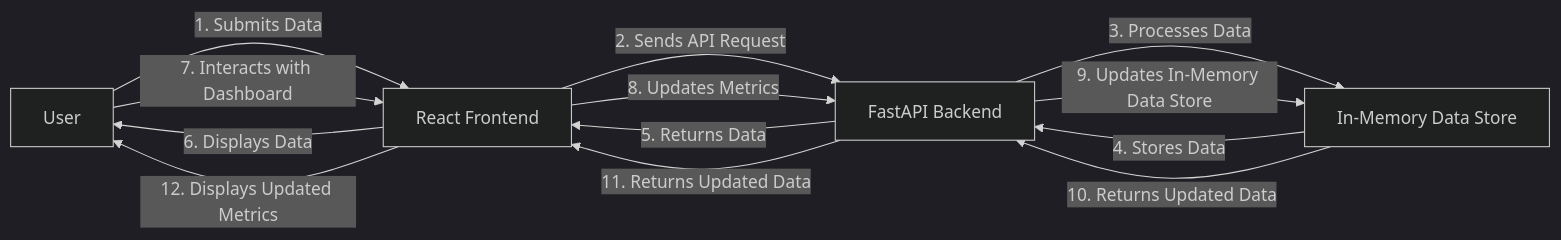
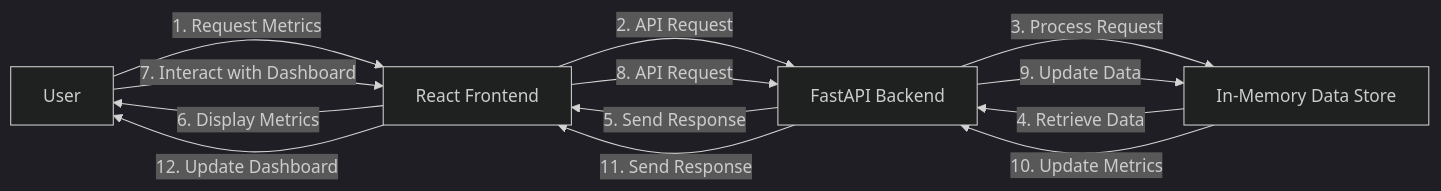
Before and after one commit to coddyieee-sketch/ram-weather-optimizer-tool: the diagram in PROJECT_DOC.md, drawn with Mermaid (dark theme). The commit also changed other lines of this file and 6 other files, not shown here.

````diff
--- a/PROJECT_DOC.md
+++ b/PROJECT_DOC.md
@@ -20,15 +8,15 @@
 ```mermaid
 graph LR
-    A[User] -->|1. Submits Data| B[React Frontend]
-    B -->|2. Sends API Request| C[FastAPI Backend]
-    C -->|3. Processes Data| D[In-Memory Data Store]
-    D -->|4. Stores Data| C
-    C -->|5. Returns Data| B
-    B -->|6. Displays Data| A
-    A -->|7. Interacts with Dashboard| B
-    B -->|8. Updates Metrics| C
-    C -->|9. Updates In-Memory Data Store| D
-    D -->|10. Returns Updated Data| C
-    C -->|11. Returns Updated Data| B
-    B -->|12. Displays Updated Metrics| A
+    A[User] -->|1. Request Metrics| B[React Frontend]
+    B -->|2. API Request| C[FastAPI Backend]
+    C -->|3. Process Request| D[In-Memory Data Store]
+    D -->|4. Retrieve Data| C
+    C -->|5. Send Response| B
+    B -->|6. Display Metrics| A
+    A -->|7. Interact with Dashboard| B
+    B -->|8. API Request| C
+    C -->|9. Update Data| D
+    D -->|10. Update Metrics| C
+    C -->|11. Send Response| B
+    B -->|12. Update Dashboard| A
 ```
````
